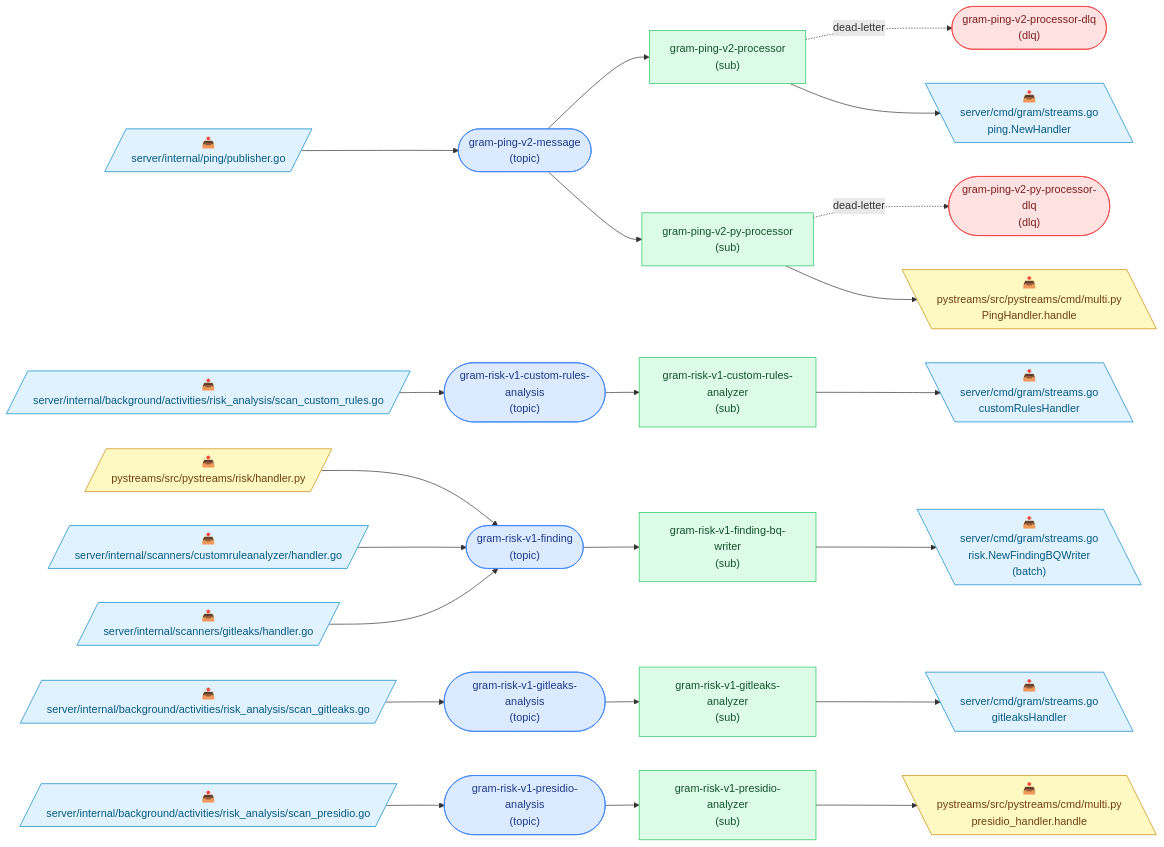
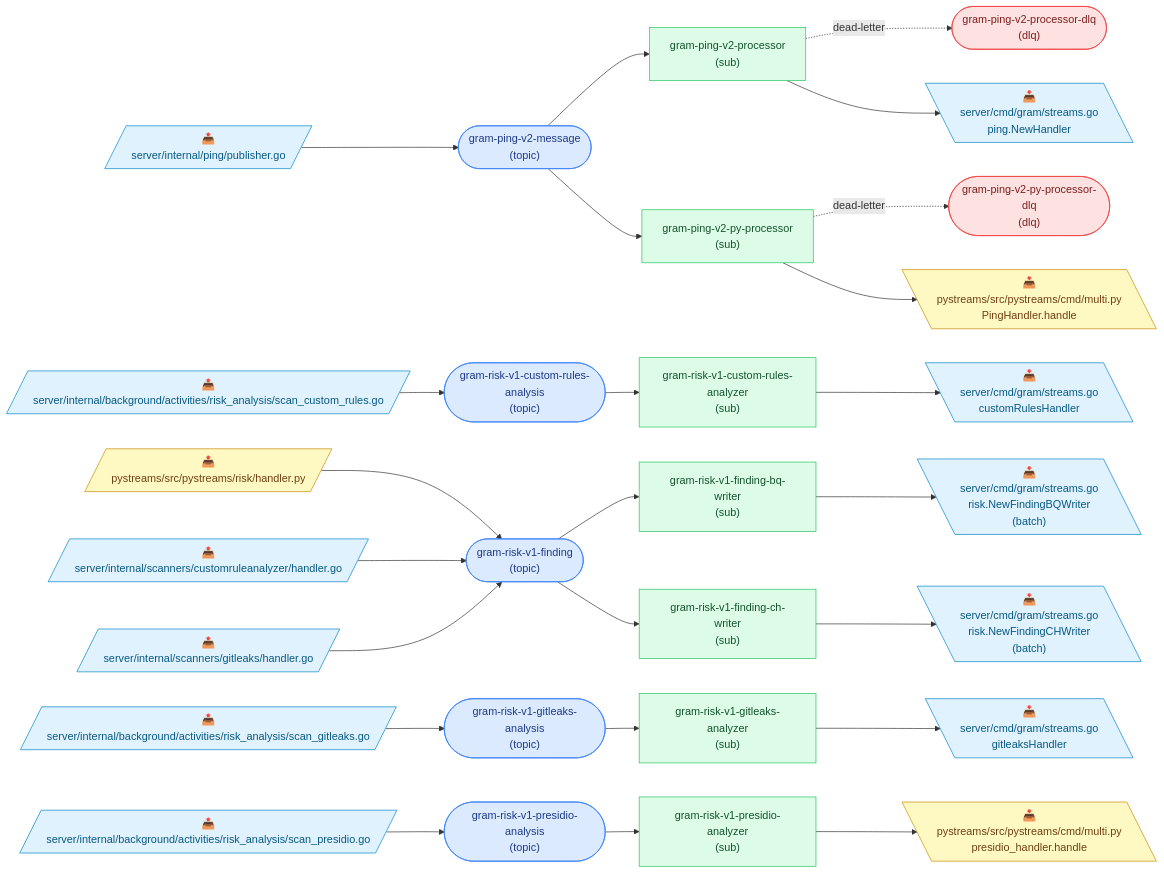
The diagram in docs/pubsub-topology.md (speakeasy-api/gram), drawn with Mermaid before and after one commit. The commit also changed other lines of this file and 14 other files, not shown here.

````diff
--- a/docs/pubsub-topology.md
+++ b/docs/pubsub-topology.md
@@ -9,58 +9,62 @@
 ```mermaid
 flowchart LR
   classDef topic fill:#dbeafe,stroke:#3b82f6,color:#1e3a8a;
   classDef dlq fill:#fee2e2,stroke:#ef4444,color:#7f1d1d;
   classDef sub fill:#dcfce7,stroke:#22c55e,color:#14532d;
   classDef go fill:#e0f2fe,stroke:#0284c7,color:#075985;
   classDef python fill:#fef9c3,stroke:#ca8a04,color:#713f12;
   classDef deprecated stroke-dasharray:4 3,opacity:0.55;
 
   t_gram_ping_v2_message(["gram-ping-v2-message<br/>(topic)"]):::topic
   t_gram_ping_v2_processor_dlq(["gram-ping-v2-processor-dlq<br/>(dlq)"]):::dlq
   t_gram_ping_v2_py_processor_dlq(["gram-ping-v2-py-processor-dlq<br/>(dlq)"]):::dlq
   t_gram_risk_v1_custom_rules_analysis(["gram-risk-v1-custom-rules-analysis<br/>(topic)"]):::topic
   t_gram_risk_v1_finding(["gram-risk-v1-finding<br/>(topic)"]):::topic
   t_gram_risk_v1_gitleaks_analysis(["gram-risk-v1-gitleaks-analysis<br/>(topic)"]):::topic
   t_gram_risk_v1_presidio_analysis(["gram-risk-v1-presidio-analysis<br/>(topic)"]):::topic
   s_gram_ping_v2_processor["gram-ping-v2-processor<br/>(sub)"]:::sub
   s_gram_ping_v2_py_processor["gram-ping-v2-py-processor<br/>(sub)"]:::sub
   s_gram_risk_v1_custom_rules_analyzer["gram-risk-v1-custom-rules-analyzer<br/>(sub)"]:::sub
   s_gram_risk_v1_finding_bq_writer["gram-risk-v1-finding-bq-writer<br/>(sub)"]:::sub
+  s_gram_risk_v1_finding_ch_writer["gram-risk-v1-finding-ch-writer<br/>(sub)"]:::sub
   s_gram_risk_v1_gitleaks_analyzer["gram-risk-v1-gitleaks-analyzer<br/>(sub)"]:::sub
   s_gram_risk_v1_presidio_analyzer["gram-risk-v1-presidio-analyzer<br/>(sub)"]:::sub
 
   p0[/"📤<br/>server/internal/ping/publisher.go"/]:::go
   p0 --> t_gram_ping_v2_message
   p1[/"📤<br/>server/internal/background/activities/risk_analysis/scan_custom_rules.go"/]:::go
   p1 --> t_gram_risk_v1_custom_rules_analysis
   p2[/"📤<br/>pystreams/src/pystreams/risk/handler.py"/]:::python
   p2 --> t_gram_risk_v1_finding
   p3[/"📤<br/>server/internal/scanners/customruleanalyzer/handler.go"/]:::go
   p3 --> t_gram_risk_v1_finding
   p4[/"📤<br/>server/internal/scanners/gitleaks/handler.go"/]:::go
   p4 --> t_gram_risk_v1_finding
   p5[/"📤<br/>server/internal/background/activities/risk_analysis/scan_gitleaks.go"/]:::go
   p5 --> t_gram_risk_v1_gitleaks_analysis
   p6[/"📤<br/>server/internal/background/activities/risk_analysis/scan_presidio.go"/]:::go
   p6 --> t_gram_risk_v1_presidio_analysis
   t_gram_ping_v2_message --> s_gram_ping_v2_processor
   s_gram_ping_v2_processor -. dead-letter .-> t_gram_ping_v2_processor_dlq
   t_gram_ping_v2_message --> s_gram_ping_v2_py_processor
   s_gram_ping_v2_py_processor -. dead-letter .-> t_gram_ping_v2_py_processor_dlq
   t_gram_risk_v1_custom_rules_analysis --> s_gram_risk_v1_custom_rules_analyzer
   t_gram_risk_v1_finding --> s_gram_risk_v1_finding_bq_writer
+  t_gram_risk_v1_finding --> s_gram_risk_v1_finding_ch_writer
   t_gram_risk_v1_gitleaks_analysis --> s_gram_risk_v1_gitleaks_analyzer
   t_gram_risk_v1_presidio_analysis --> s_gram_risk_v1_presidio_analyzer
   c7[\"📥<br/>server/cmd/gram/streams.go<br/>ping.NewHandler"\]:::go
   s_gram_ping_v2_processor --> c7
   c8[\"📥<br/>pystreams/src/pystreams/cmd/multi.py<br/>PingHandler.handle"\]:::python
   s_gram_ping_v2_py_processor --> c8
   c9[\"📥<br/>server/cmd/gram/streams.go<br/>customRulesHandler"\]:::go
   s_gram_risk_v1_custom_rules_analyzer --> c9
   c10[\"📥<br/>server/cmd/gram/streams.go<br/>risk.NewFindingBQWriter<br/>(batch)"\]:::go
   s_gram_risk_v1_finding_bq_writer --> c10
-  c11[\"📥<br/>server/cmd/gram/streams.go<br/>gitleaksHandler"\]:::go
-  s_gram_risk_v1_gitleaks_analyzer --> c11
-  c12[\"📥<br/>pystreams/src/pystreams/cmd/multi.py<br/>presidio_handler.handle"\]:::python
-  s_gram_risk_v1_presidio_analyzer --> c12
+  c11[\"📥<br/>server/cmd/gram/streams.go<br/>risk.NewFindingCHWriter<br/>(batch)"\]:::go
+  s_gram_risk_v1_finding_ch_writer --> c11
+  c12[\"📥<br/>server/cmd/gram/streams.go<br/>gitleaksHandler"\]:::go
+  s_gram_risk_v1_gitleaks_analyzer --> c12
+  c13[\"📥<br/>pystreams/src/pystreams/cmd/multi.py<br/>presidio_handler.handle"\]:::python
+  s_gram_risk_v1_presidio_analyzer --> c13
 ```
````
